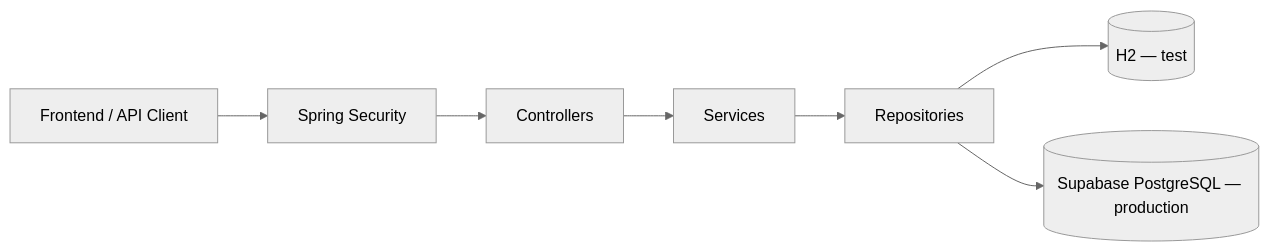
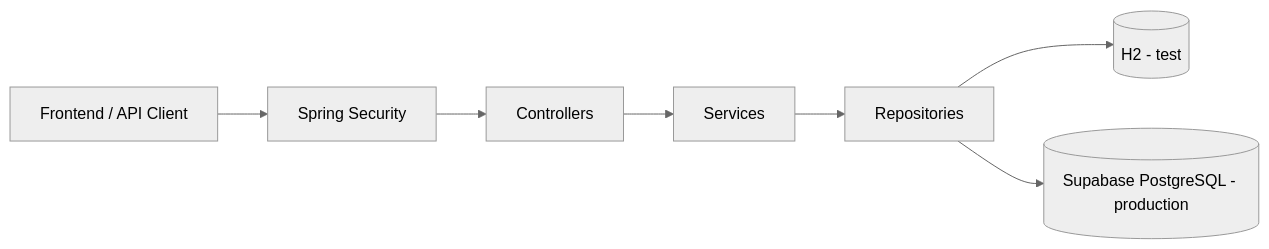
Before and after one commit to mateusribeirocampos/project-spring-boot-dscommerce: the first of 3 diagrams in README.md, drawn with Mermaid (neutral theme). The commit also changed other lines of this file and 1 other file, not shown here.

````diff
--- a/README.md
+++ b/README.md
@@ -28,9 +27,9 @@
 ```mermaid
 flowchart LR
     FE[Frontend / API Client] --> SEC[Spring Security]
     SEC --> CTRL[Controllers]
     CTRL --> SVC[Services]
     SVC --> REPO[Repositories]
-    REPO --> H2[(H2 — test)]
-    REPO --> DB[(Supabase PostgreSQL — production)]
+    REPO --> H2[(H2 - test)]
+    REPO --> DB[(Supabase PostgreSQL - production)]
 ```
````
